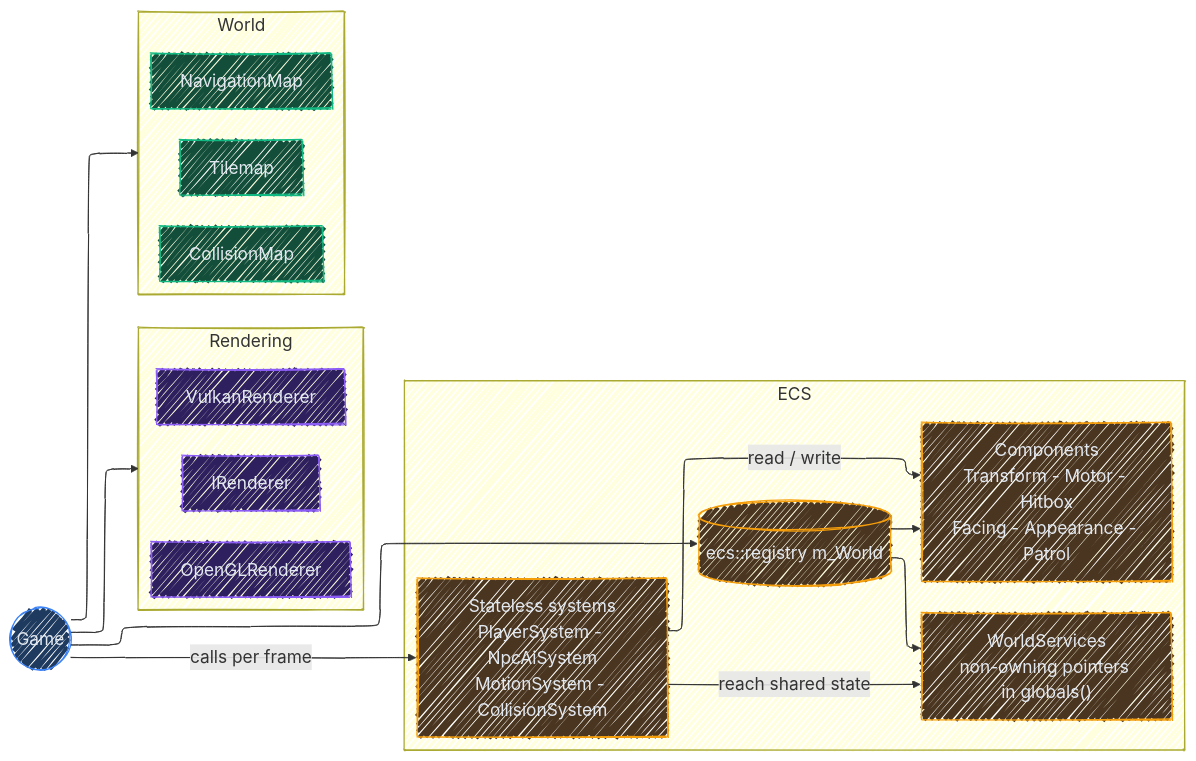
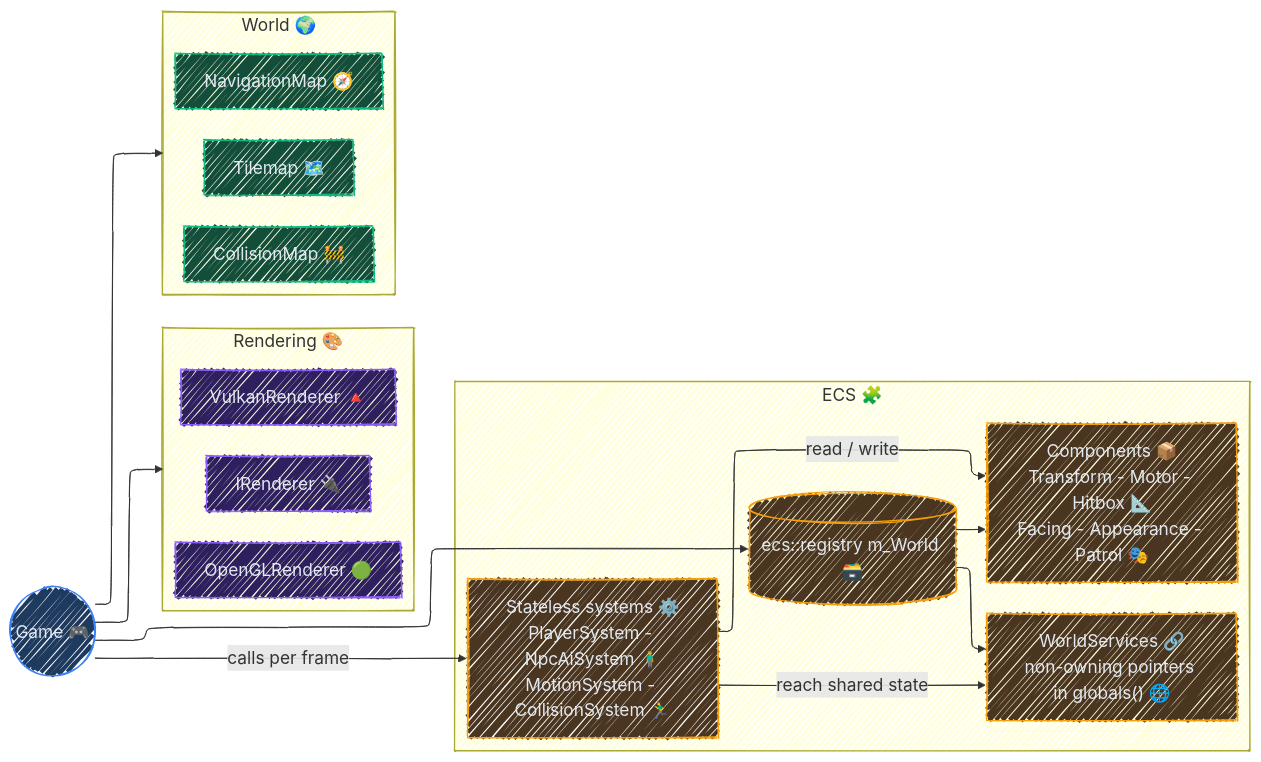
One commit to baaz777/rift changed the fourth of 5 diagrams in README.md. Above: the diagram before and after it, drawn with Mermaid.

Commit message:
📝 Architecture diagram emoji convention

````diff
--- a/README.md
+++ b/README.md
@@ -341,45 +341,45 @@
 ```mermaid
 ---
 config:
   look: handDrawn
   theme: mc
   themeVariables:
     fontSize: 18px
   layout: elk
 ---
 graph LR
     classDef core fill:#1e3a5f,stroke:#3b82f6,color:#e2e8f0
     classDef render fill:#2e1f5e,stroke:#8b5cf6,color:#e2e8f0
     classDef world fill:#134e3a,stroke:#10b981,color:#e2e8f0
     classDef entity fill:#4a3520,stroke:#f59e0b,color:#e2e8f0
 
-    Game((Game)):::core
+    Game(("Game 🎮")):::core
 
-    subgraph Rendering["Rendering"]
-        IRenderer[IRenderer]:::render
-        OpenGL[OpenGLRenderer]:::render
-        Vulkan[VulkanRenderer]:::render
+    subgraph Rendering["Rendering 🎨"]
+        IRenderer["IRenderer 🔌"]:::render
+        OpenGL["OpenGLRenderer 🟢"]:::render
+        Vulkan["VulkanRenderer 🔺"]:::render
     end
 
-    subgraph World["World"]
-        Tilemap[Tilemap]:::world
-        Collision[CollisionMap]:::world
-        Navigation[NavigationMap]:::world
+    subgraph World["World 🌍"]
+        Tilemap["Tilemap 🗺️"]:::world
+        Collision["CollisionMap 🚧"]:::world
+        Navigation["NavigationMap 🧭"]:::world
     end
 
-    subgraph Entities["ECS"]
-        Registry[("ecs::registry m_World")]:::entity
-        Components["Components<br/>Transform - Motor - Hitbox<br/>Facing - Appearance - Patrol"]:::entity
-        Systems["Stateless systems<br/>PlayerSystem - NpcAiSystem<br/>MotionSystem - CollisionSystem"]:::entity
-        Services["WorldServices<br/>non-owning pointers in globals()"]:::entity
+    subgraph Entities["ECS 🧩"]
+        Registry[("ecs::registry m_World 🗃️")]:::entity
+        Components["Components 📦<br/>Transform - Motor - Hitbox 📐<br/>Facing - Appearance - Patrol 🎭"]:::entity
+        Systems["Stateless systems ⚙️<br/>PlayerSystem - NpcAiSystem 🧍‍♂️<br/>MotionSystem - CollisionSystem 🏃‍♂️"]:::entity
+        Services["WorldServices 🔗<br/>non-owning pointers in globals() 🌐"]:::entity
     end
 
     Game --> Rendering
     Game --> World
     Game --> Registry
     Game -->|calls per frame| Systems
     Registry --> Components
     Registry --> Services
     Systems -->|read / write| Components
     Systems -->|reach shared state| Services
 ```
````
